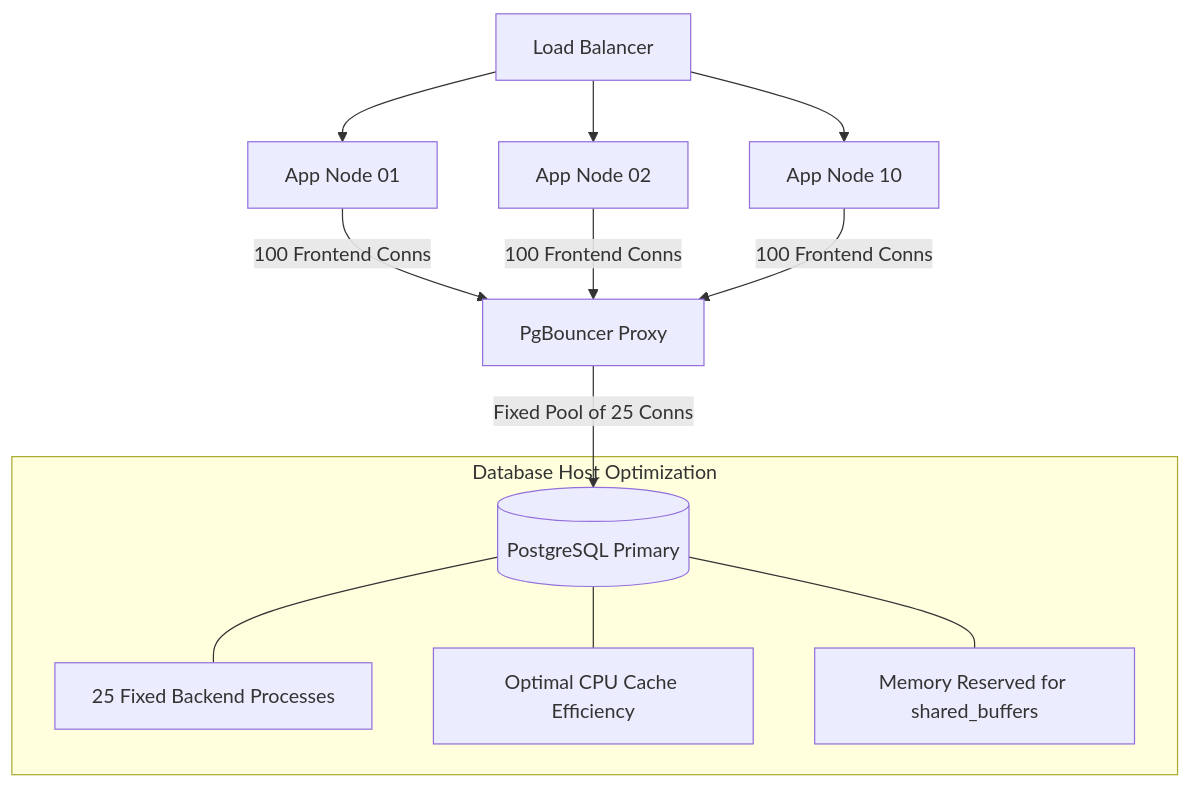
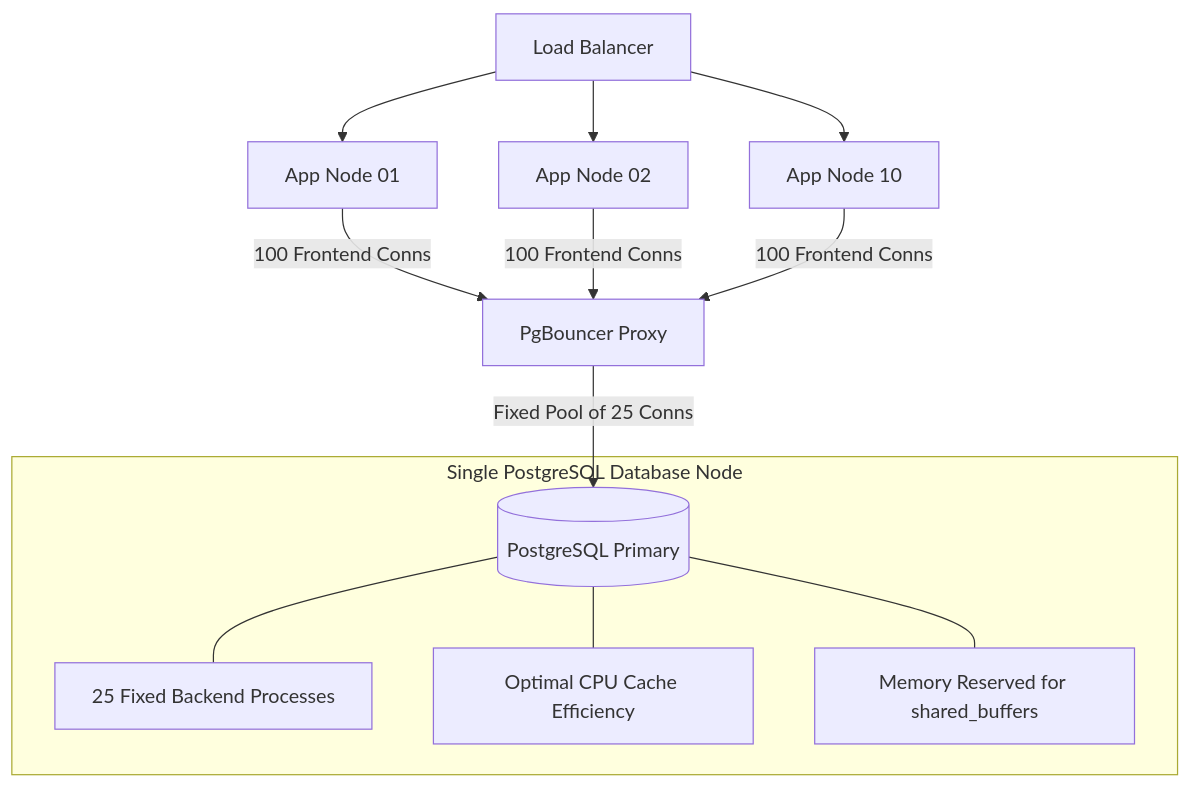
One commit to userhimanshuverma/30_Days_of_Building_Systems_That_Scale changed the third of 5 diagrams in days/phase-2-database-becomes-the-problem/day-06-app-scales-db-doesnt/README.md. Above: the diagram before and after it, drawn with Mermaid. The commit also changed other lines of this file and 1 other file, not shown here.

Commit message:
fix(docs): refactor Mermaid diagrams for strict GitHub rendering compatibility

````diff
--- a/days/phase-2-database-becomes-the-problem/day-06-app-scales-db-doesnt/README.md
+++ b/days/phase-2-database-becomes-the-problem/day-06-app-scales-db-doesnt/README.md
@@ -245,18 +246,19 @@
 ```mermaid
 graph TD
-    LB[Load Balancer] --> App1[App Node 01]
-    LB --> App2[App Node 02]
-    LB --> App3[App Node 10]
+    LB["Load Balancer"] --> App1["App Node 01"]
+    LB --> App2["App Node 02"]
+    LB --> App3["App Node 10"]
 
-    App1 -->|100 Frontend Conns| PGB[PgBouncer Proxy]
+    App1 -->|100 Frontend Conns| PGB["PgBouncer Proxy"]
     App2 -->|100 Frontend Conns| PGB
     App3 -->|100 Frontend Conns| PGB
 
-    PGB -->|Fixed Pool of 25 Conns| DB[(PostgreSQL Primary)]
+    PGB -->|Fixed Pool of 25 Conns| DB
 
-    subgraph DB_Healthy ["Database Host Optimization"]
+    subgraph DB_Healthy ["Single PostgreSQL Database Node"]
+        DB[(PostgreSQL Primary)]
         DB --- H1["25 Fixed Backend Processes"]
         DB --- H2["Optimal CPU Cache Efficiency"]
         DB --- H3["Memory Reserved for shared_buffers"]
     end
 ```
````
